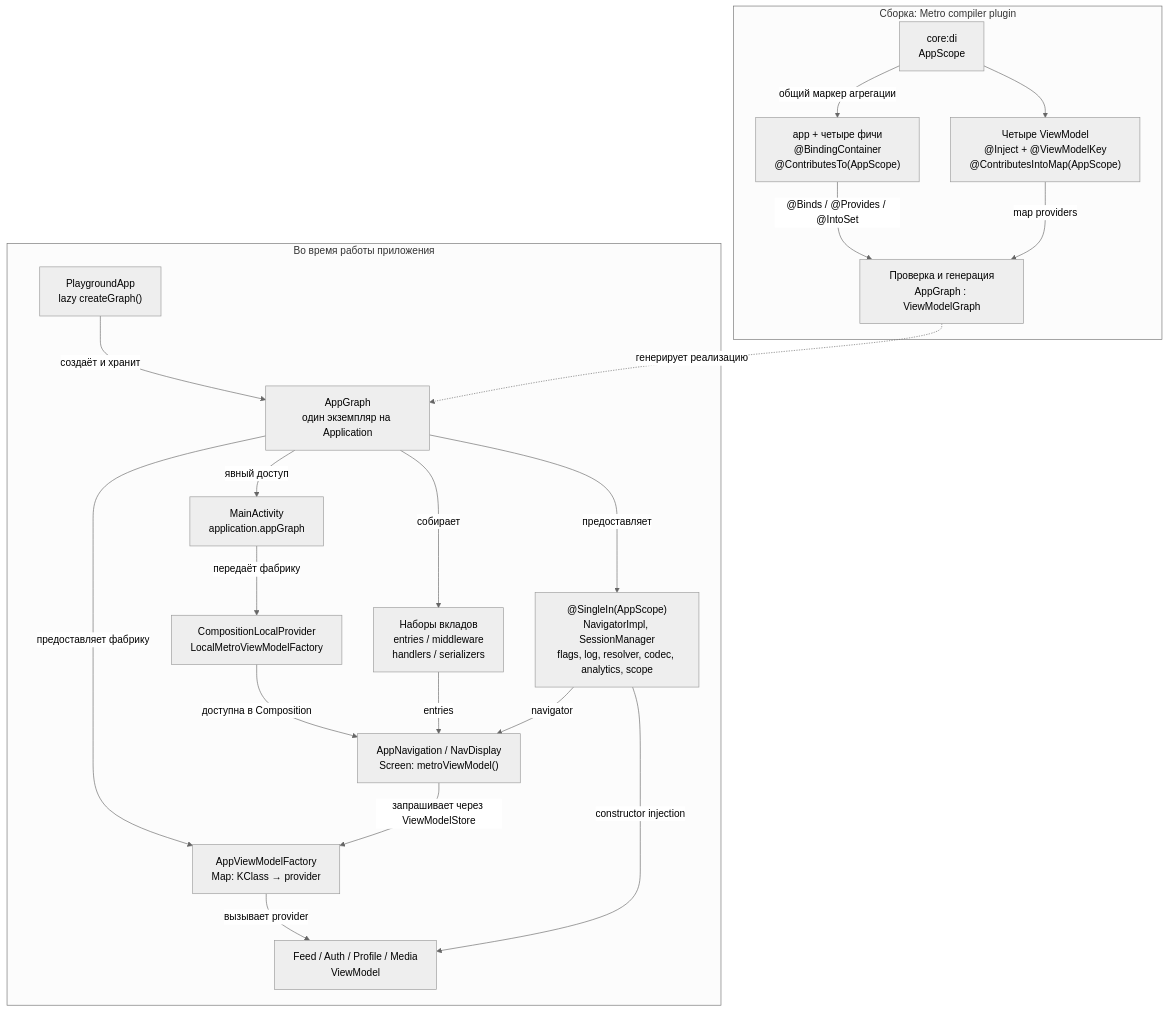
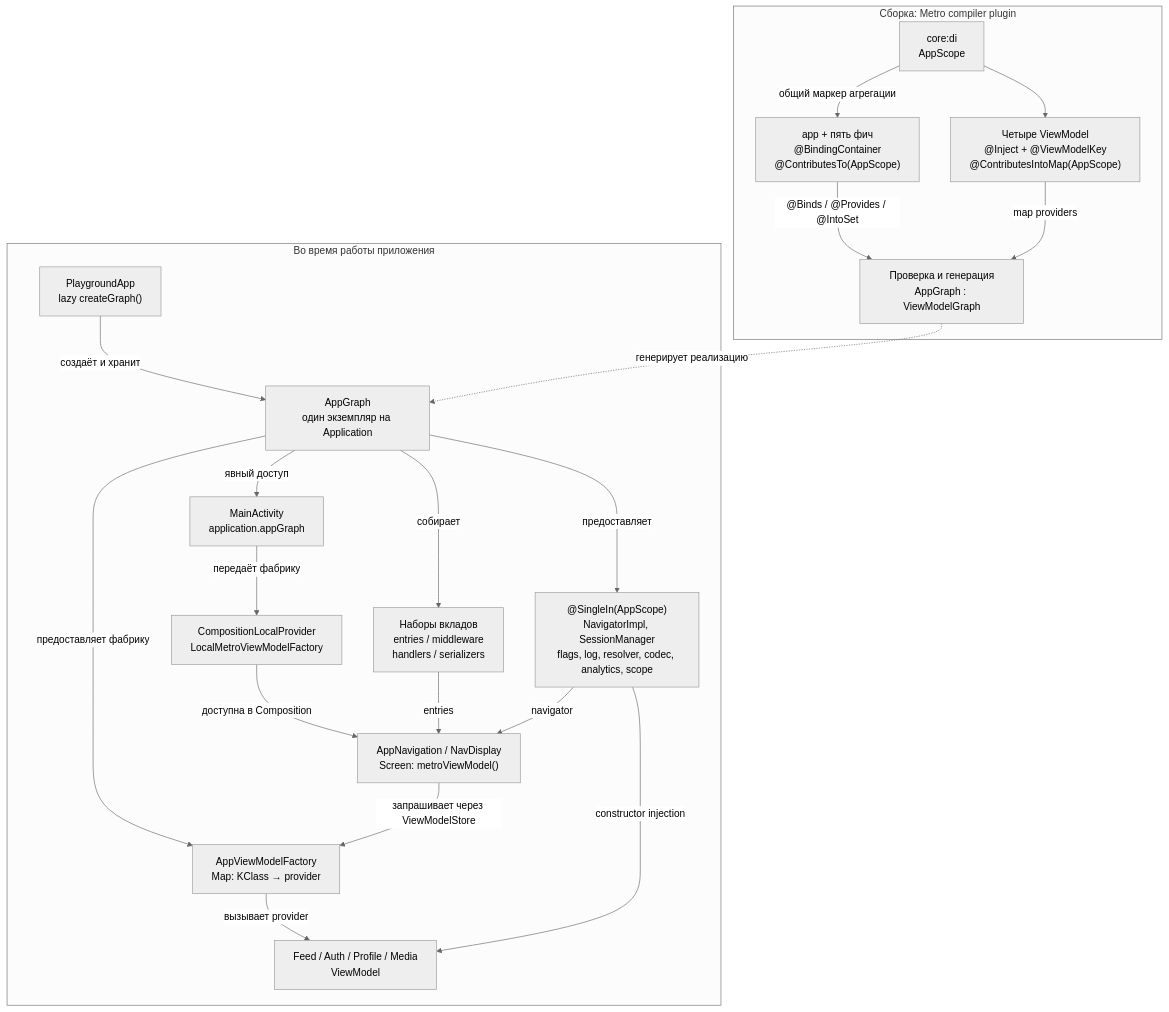
The diagram in docs/di/metro.md (akma302/NavPlayground), drawn with Mermaid (neutral theme) before and after one commit. The commit also changed other lines of this file and 9 other files, not shown here.

````diff
--- a/docs/di/metro.md
+++ b/docs/di/metro.md
@@ -5,37 +5,37 @@
 ```mermaid
 flowchart TB
     subgraph Build["Сборка: Metro compiler plugin"]
         Scope["core:di<br/>AppScope"]
-        Modules["app + четыре фичи<br/>@BindingContainer<br/>@ContributesTo(AppScope)"]
+        Modules["app + пять фич<br/>@BindingContainer<br/>@ContributesTo(AppScope)"]
         VmDefs["Четыре ViewModel<br/>@Inject + @ViewModelKey<br/>@ContributesIntoMap(AppScope)"]
         Compiler["Проверка и генерация<br/>AppGraph : ViewModelGraph"]
         Scope -->|общий маркер агрегации| Modules
         Scope --> VmDefs
         Modules -->|"@Binds / @Provides / @IntoSet"| Compiler
         VmDefs -->|map providers| Compiler
     end
     subgraph Runtime["Во время работы приложения"]
         App["PlaygroundApp<br/>lazy createGraph()"]
         Graph["AppGraph<br/>один экземпляр на Application"]
         Shared["@SingleIn(AppScope)<br/>NavigatorImpl, SessionManager<br/>flags, log, resolver, codec, analytics, scope"]
         Sets["Наборы вкладов<br/>entries / middleware<br/>handlers / serializers"]
         Activity["MainActivity<br/>application.appGraph"]
         Local["CompositionLocalProvider<br/>LocalMetroViewModelFactory"]
         Nav["AppNavigation / NavDisplay<br/>Screen: metroViewModel()"]
         Factory["AppViewModelFactory<br/>Map: KClass → provider"]
         VM["Feed / Auth / Profile / Media<br/>ViewModel"]
         App -->|создаёт и хранит| Graph
         Graph -->|предоставляет| Shared
         Graph -->|собирает| Sets
         Graph -->|предоставляет фабрику| Factory
         Graph -->|явный доступ| Activity
         Activity -->|передаёт фабрику| Local
         Local -->|доступна в Composition| Nav
         Sets -->|entries| Nav
         Shared -->|navigator| Nav
         Nav -->|запрашивает через ViewModelStore| Factory
         Factory -->|вызывает provider| VM
         Shared -->|constructor injection| VM
     end
     Compiler -.->|генерирует реализацию| Graph
 ```
````
